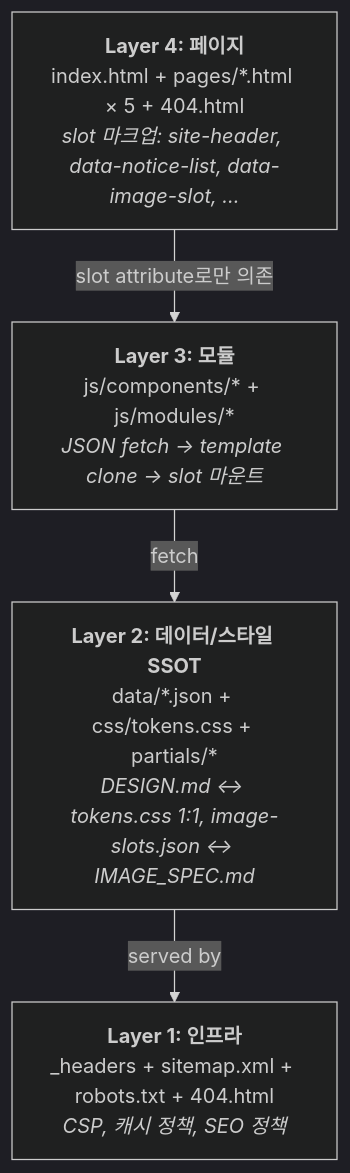
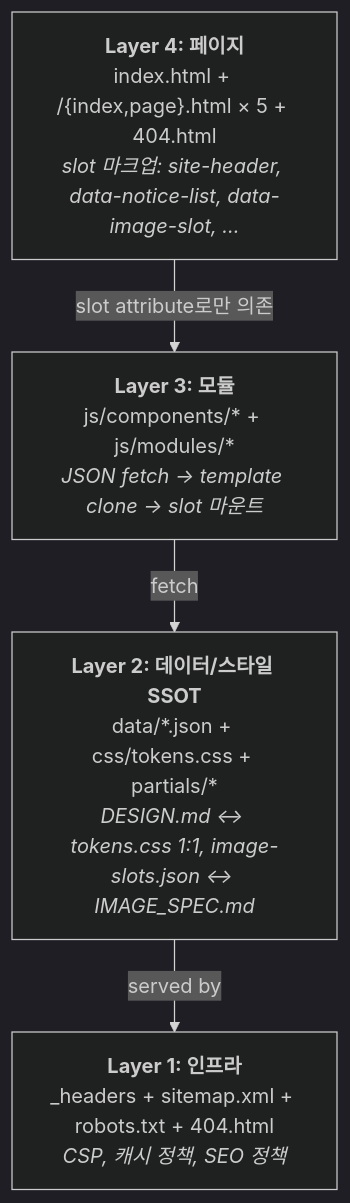
One commit to mayday-partners/namsan-green-summer changed the first of 4 diagrams in ARCHITECTURE.md. Above: the diagram before and after it, drawn with Mermaid (dark theme). The commit also changed other lines of this file and 28 other files, not shown here.

First line of the commit message:
refactor(structure): pages/*.html → <area>/{index,page}.html + 절대 경로 통일 + Phase 7-8 분리 완료

````diff
--- a/ARCHITECTURE.md
+++ b/ARCHITECTURE.md
@@ -38,10 +38,10 @@
 ```mermaid
 flowchart TB
-  L4["<b>Layer 4: 페이지</b><br/>index.html + pages/*.html × 5 + 404.html<br/><i>slot 마크업: site-header, data-notice-list, data-image-slot, …</i>"]
+  L4["<b>Layer 4: 페이지</b><br/>index.html + <area>/{index,page}.html × 5 + 404.html<br/><i>slot 마크업: site-header, data-notice-list, data-image-slot, …</i>"]
   L3["<b>Layer 3: 모듈</b><br/>js/components/* + js/modules/*<br/><i>JSON fetch → template clone → slot 마운트</i>"]
   L2["<b>Layer 2: 데이터/스타일 SSOT</b><br/>data/*.json + css/tokens.css + partials/*<br/><i>DESIGN.md ↔ tokens.css 1:1, image-slots.json ↔ IMAGE_SPEC.md</i>"]
   L1["<b>Layer 1: 인프라</b><br/>_headers + sitemap.xml + robots.txt + 404.html<br/><i>CSP, 캐시 정책, SEO 정책</i>"]
   L4 -- "slot attribute로만 의존" --> L3
   L3 -- "fetch" --> L2
   L2 -- "served by" --> L1
 ```
````
